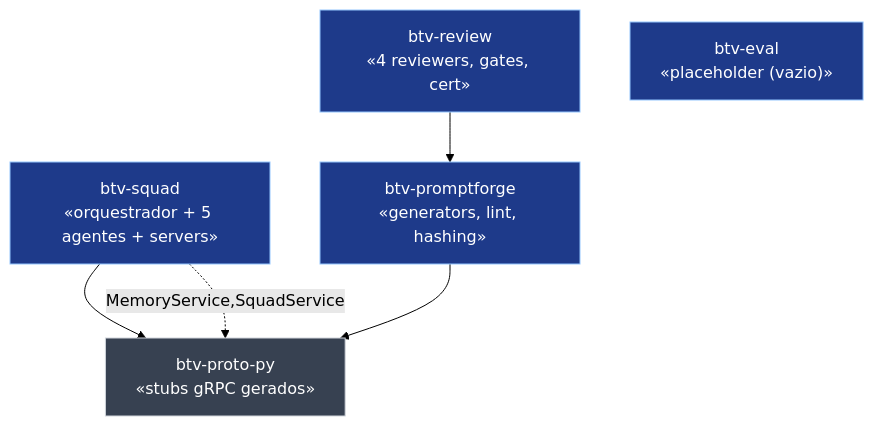
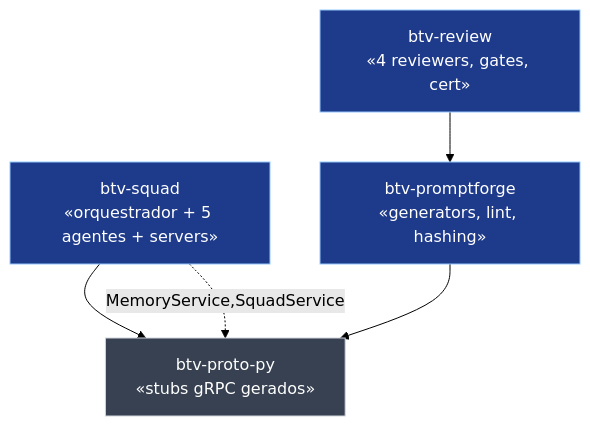
One commit to danzeroum/btv changed the second of 3 diagrams in docs/documentacao/diagramas/03-pacotes.md. Above: the diagram before and after it, drawn with Mermaid (forest theme). The commit also changed other lines of this file and 13 other files, not shown here.

First line of the commit message:
refactor(python): remove o placeholder vazio btv-eval (Onda 5, B4)

````diff
--- a/docs/documentacao/diagramas/03-pacotes.md
+++ b/docs/documentacao/diagramas/03-pacotes.md
@@ -78,16 +78,15 @@
 ```mermaid
 flowchart TB
     classDef pkg fill:#1e3a8a,stroke:#93c5fd,color:#fff
     classDef gen fill:#374151,stroke:#d1d5db,color:#fff
 
     SQUAD["btv-squad\n«orquestrador + 5 agentes + servers»"]:::pkg
     PF["btv-promptforge\n«generators, lint, hashing»"]:::pkg
     REVIEW["btv-review\n«4 reviewers, gates, cert»"]:::pkg
-    EVAL["btv-eval\n«placeholder (vazio)»"]:::pkg
     PROTOPY["btv-proto-py\n«stubs gRPC gerados»"]:::gen
 
     SQUAD --> PROTOPY
     PF --> PROTOPY
     REVIEW --> PF
     SQUAD -.->|MemoryService,SquadService| PROTOPY
 ```
````
